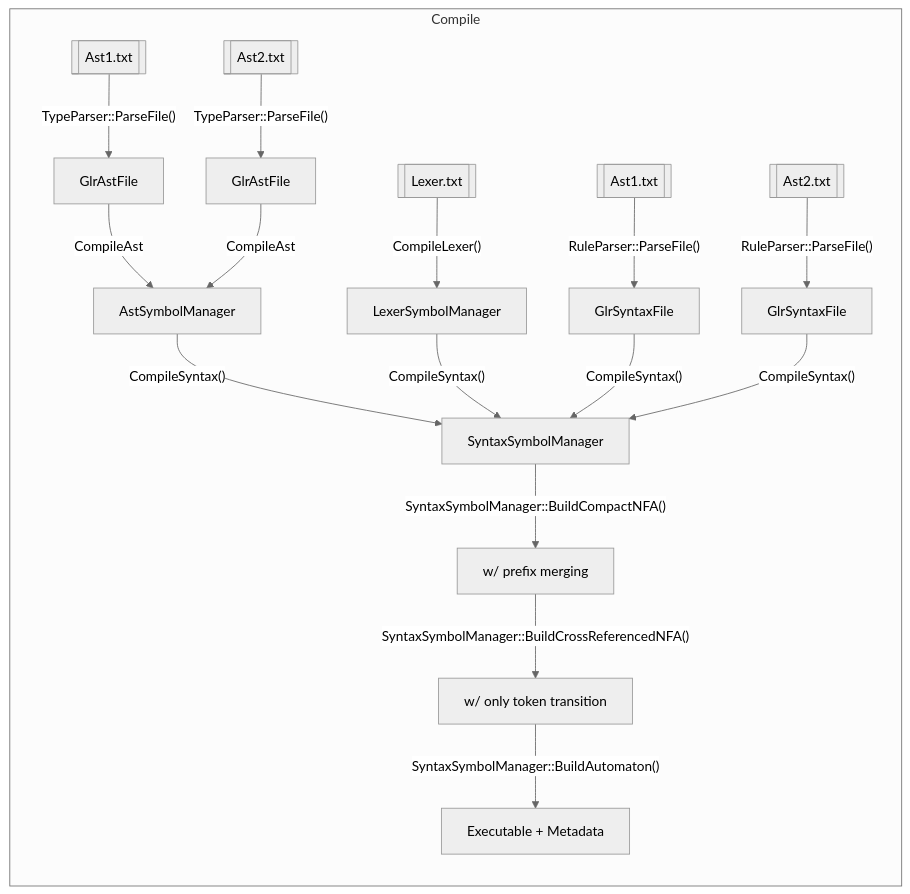
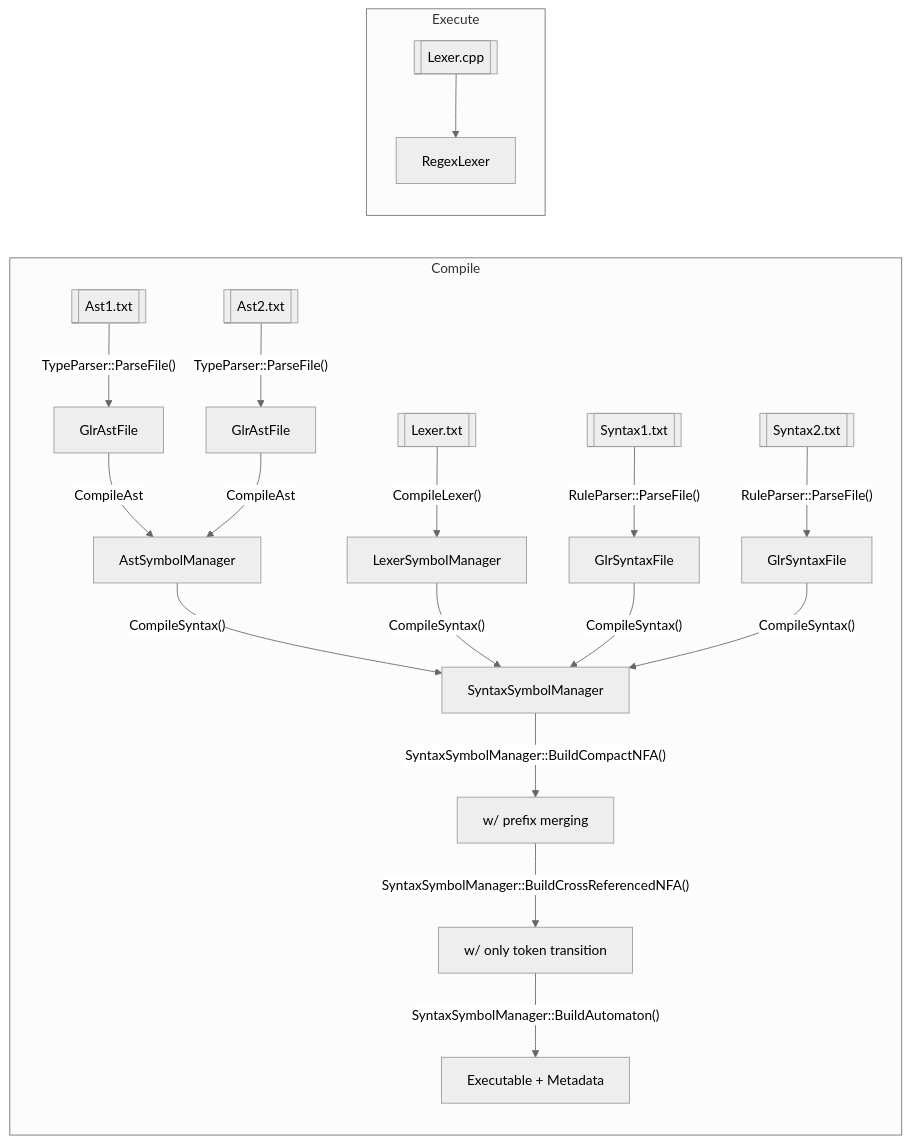
Before and after one commit to vczh-websites/vczh: diagram 28 of 28 in Blog/GLR-Refactoring/Mermaid.md, drawn with Mermaid (neutral theme).

````diff
--- a/Blog/GLR-Refactoring/Mermaid.md
+++ b/Blog/GLR-Refactoring/Mermaid.md
@@ -651,19 +651,24 @@
 ```mermaid
 graph LR
   subgraph Compile
     direction TB
     AST_FILE_1[[Ast1.txt]] -- TypeParser::ParseFile() --> AST_1[GlrAstFile]
     AST_FILE_2[[Ast2.txt]] -- TypeParser::ParseFile() --> AST_2[GlrAstFile]
     AST_1 & AST_2 -- CompileAst --> AST_MGR[AstSymbolManager]
   
     LEXER_FILE[[Lexer.txt]] -- CompileLexer() --> LEXER_MGR[LexerSymbolManager]
     
-    SYNTAX_FILE_1[[Ast1.txt]] -- RuleParser::ParseFile() --> SYNTAX_1[GlrSyntaxFile]
-    SYNTAX_FILE_2[[Ast2.txt]] -- RuleParser::ParseFile() --> SYNTAX_2[GlrSyntaxFile]
+    SYNTAX_FILE_1[[Syntax1.txt]] -- RuleParser::ParseFile() --> SYNTAX_1[GlrSyntaxFile]
+    SYNTAX_FILE_2[[Syntax2.txt]] -- RuleParser::ParseFile() --> SYNTAX_2[GlrSyntaxFile]
     AST_MGR & LEXER_MGR & SYNTAX_1 & SYNTAX_2 -- CompileSyntax() --> AST_MGR_1[SyntaxSymbolManager]
   
     AST_MGR_1 -- SyntaxSymbolManager::BuildCompactNFA() --> AST_MGR_2[w/ prefix merging]
     AST_MGR_2 -- SyntaxSymbolManager::BuildCrossReferencedNFA() --> AST_MGR_3[w/ only token transition ]
     AST_MGR_3 -- SyntaxSymbolManager::BuildAutomaton() --> AUTOMATON[Executable + Metadata]
   end
+
+  subgraph Execute
+    direction TB
+    LEXER_GEN_FILE_2[["Lexer.cpp"]] --> LEXER[RegexLexer]
+  end
 ```
````
